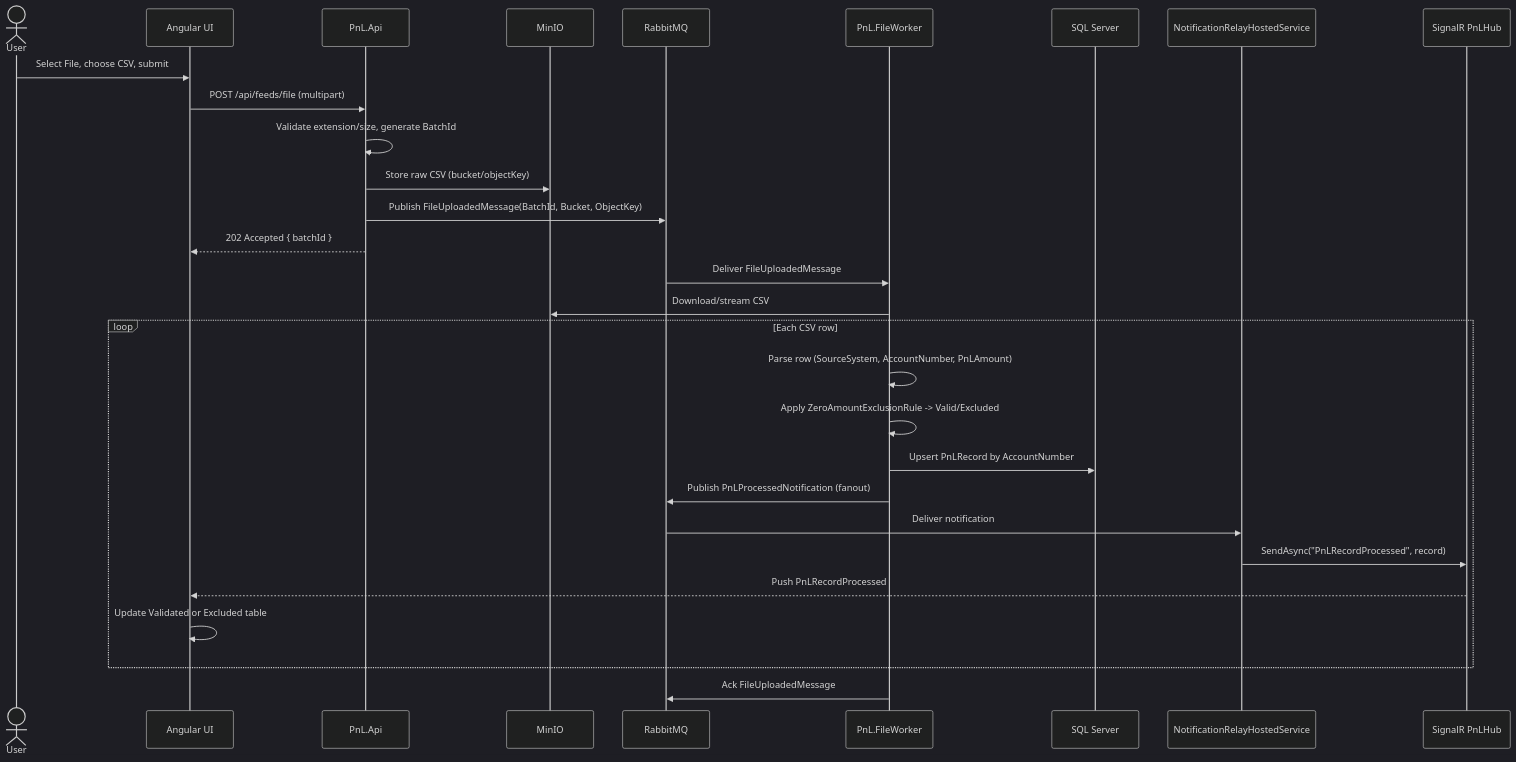
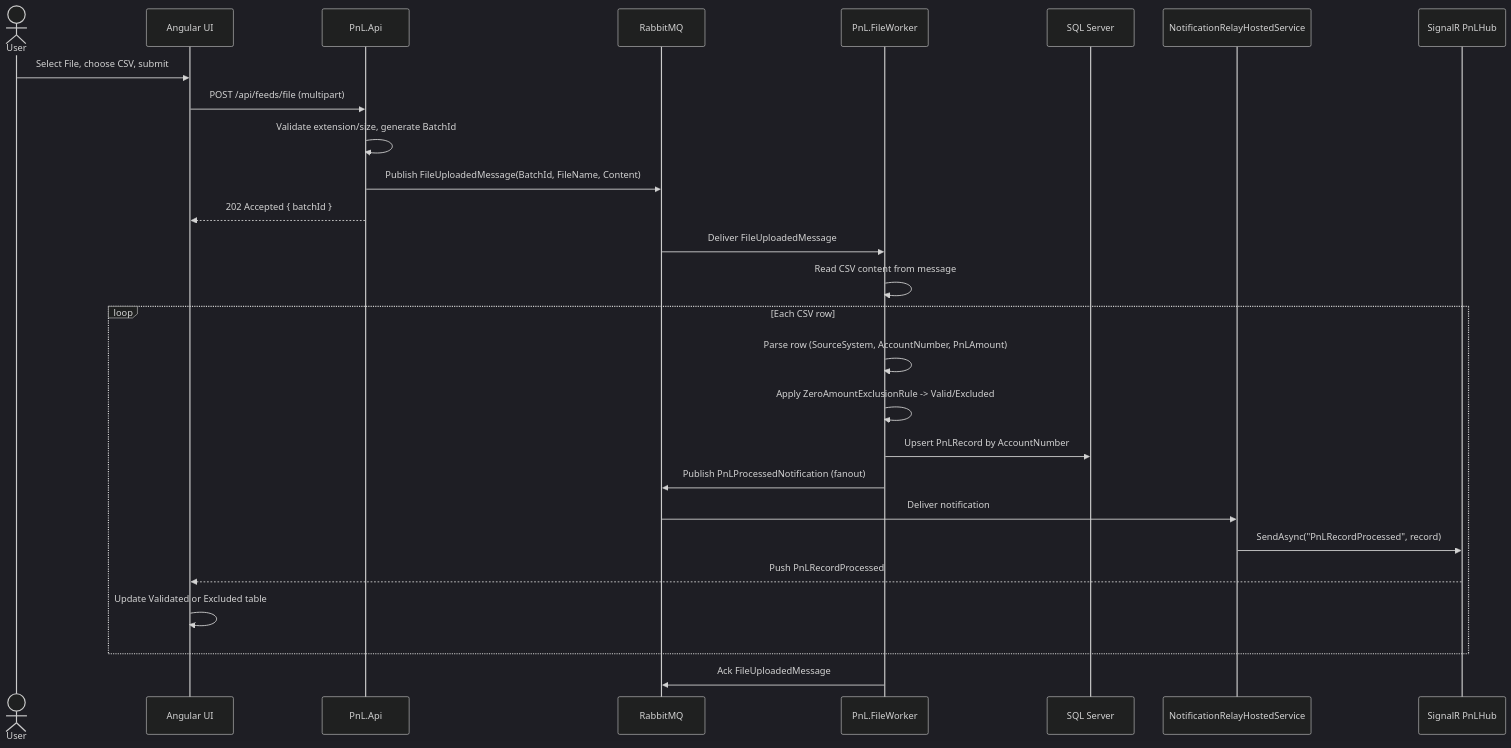
One commit to kabhishek1801/pnl-poc changed the first of 3 diagrams in detailed-workflow.md. Above: the diagram before and after it, drawn with Mermaid (dark theme). The commit also changed other lines of this file and 13 other files, not shown here.

````diff
--- a/detailed-workflow.md
+++ b/detailed-workflow.md
@@ -43,32 +39,30 @@
 ```mermaid
 sequenceDiagram
     actor User
     participant UI as Angular UI
     participant API as PnL.Api
-    participant MinIO
     participant MQ as RabbitMQ
     participant FW as PnL.FileWorker
     participant DB as SQL Server
     participant Relay as NotificationRelayHostedService
     participant Hub as SignalR PnLHub
 
     User->>UI: Select File, choose CSV, submit
     UI->>API: POST /api/feeds/file (multipart)
     API->>API: Validate extension/size, generate BatchId
-    API->>MinIO: Store raw CSV (bucket/objectKey)
-    API->>MQ: Publish FileUploadedMessage(BatchId, Bucket, ObjectKey)
+    API->>MQ: Publish FileUploadedMessage(BatchId, FileName, Content)
     API-->>UI: 202 Accepted { batchId }
     MQ->>FW: Deliver FileUploadedMessage
-    FW->>MinIO: Download/stream CSV
+    FW->>FW: Read CSV content from message
     loop Each CSV row
         FW->>FW: Parse row (SourceSystem, AccountNumber, PnLAmount)
         FW->>FW: Apply ZeroAmountExclusionRule -> Valid/Excluded
         FW->>DB: Upsert PnLRecord by AccountNumber
         FW->>MQ: Publish PnLProcessedNotification (fanout)
         MQ->>Relay: Deliver notification
         Relay->>Hub: SendAsync("PnLRecordProcessed", record)
         Hub-->>UI: Push PnLRecordProcessed
         UI->>UI: Update Validated or Excluded table
     end
     FW->>MQ: Ack FileUploadedMessage
 ```
````
